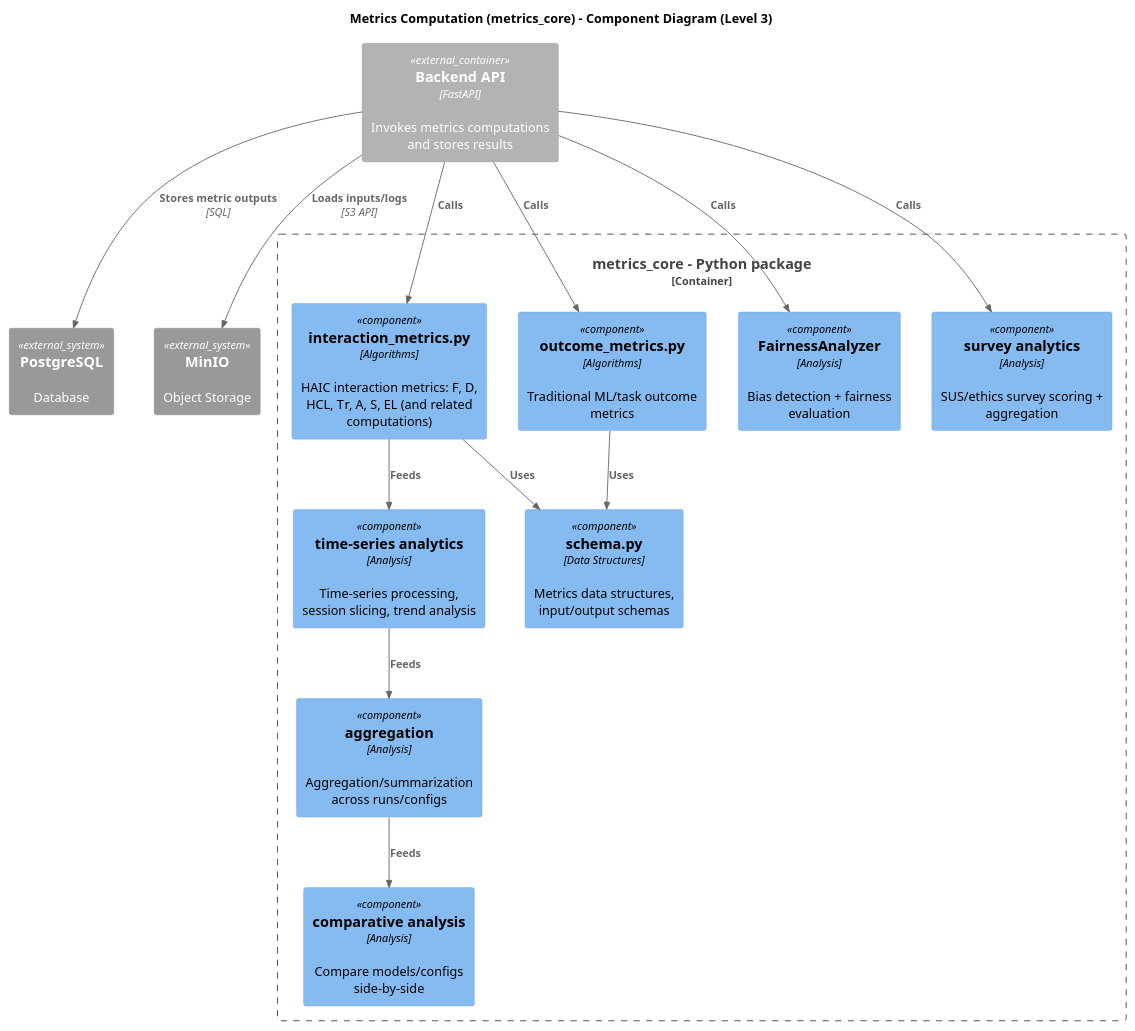
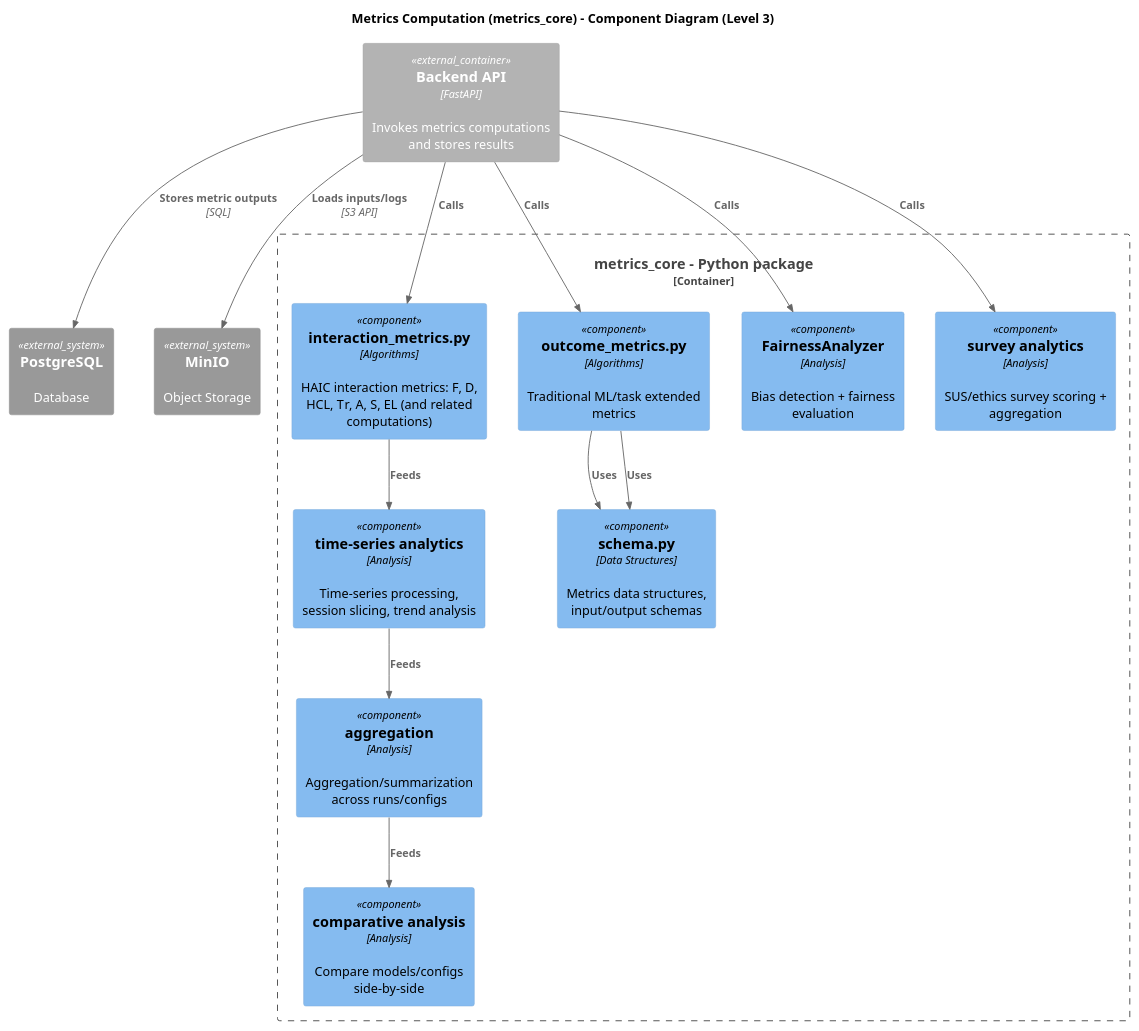
Before and after one commit to gfragi/haic_benchmark_suite: the diagram in docs/c4/level_3_metrics_core.puml, drawn with PlantUML. The commit also changed 9 other files, not shown here.

Commit message:
refactor(metrics): rename outcome metrics to extended metrics

```diff
--- a/docs/c4/level_3_metrics_core.puml
+++ b/docs/c4/level_3_metrics_core.puml
@@ -1,33 +1,33 @@
 @startuml
 !includeurl https://raw.githubusercontent.com/plantuml-stdlib/C4-PlantUML/master/C4_Component.puml
 title Metrics Computation (metrics_core) - Component Diagram (Level 3)
 
 Container_Boundary(metricsBoundary, "metrics_core - Python package") {
 
   Component(interaction, "interaction_metrics.py", "Algorithms", "HAIC interaction metrics: F, D, HCL, Tr, A, S, EL (and related computations)")
-  Component(outcome, "outcome_metrics.py", "Algorithms", "Traditional ML/task outcome metrics")
+  Component(extended, "outcome_metrics.py", "Algorithms", "Traditional ML/task extended metrics")
   Component(schema, "schema.py", "Data Structures", "Metrics data structures, input/output schemas")
   Component(ts, "time-series analytics", "Analysis", "Time-series processing, session slicing, trend analysis")
   Component(agg, "aggregation", "Analysis", "Aggregation/summarization across runs/configs")
   Component(compare, "comparative analysis", "Analysis", "Compare models/configs side-by-side")
   Component(fairness, "FairnessAnalyzer", "Analysis", "Bias detection + fairness evaluation")
   Component(surveys, "survey analytics", "Analysis", "SUS/ethics survey scoring + aggregation")
 }
 
 System_Ext(pg, "PostgreSQL", "Database")
 System_Ext(minio, "MinIO", "Object Storage")
 Container_Ext(api, "Backend API", "FastAPI", "Invokes metrics computations and stores results")
 
 Rel(api, interaction, "Calls")
-Rel(api, outcome, "Calls")
-Rel(interaction, schema, "Uses")
-Rel(outcome, schema, "Uses")
+Rel(api, extended, "Calls")
+Rel(extended, schema, "Uses")
+Rel(extended, schema, "Uses")
 Rel(interaction, ts, "Feeds")
 Rel(ts, agg, "Feeds")
 Rel(agg, compare, "Feeds")
 Rel(api, fairness, "Calls")
 Rel(api, surveys, "Calls")
 Rel(api, minio, "Loads inputs/logs", "S3 API")
 Rel(api, pg, "Stores metric outputs", "SQL")
 
 @enduml
```
